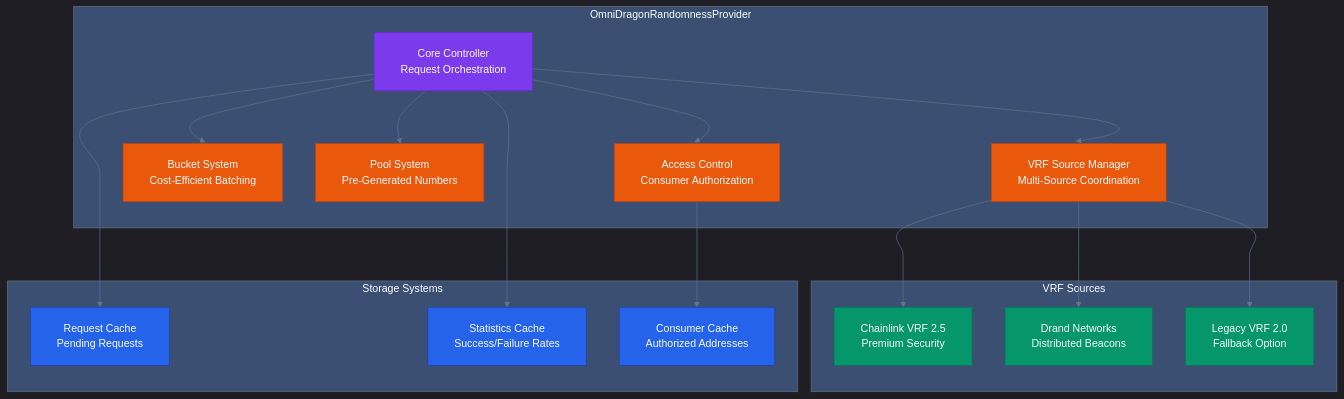
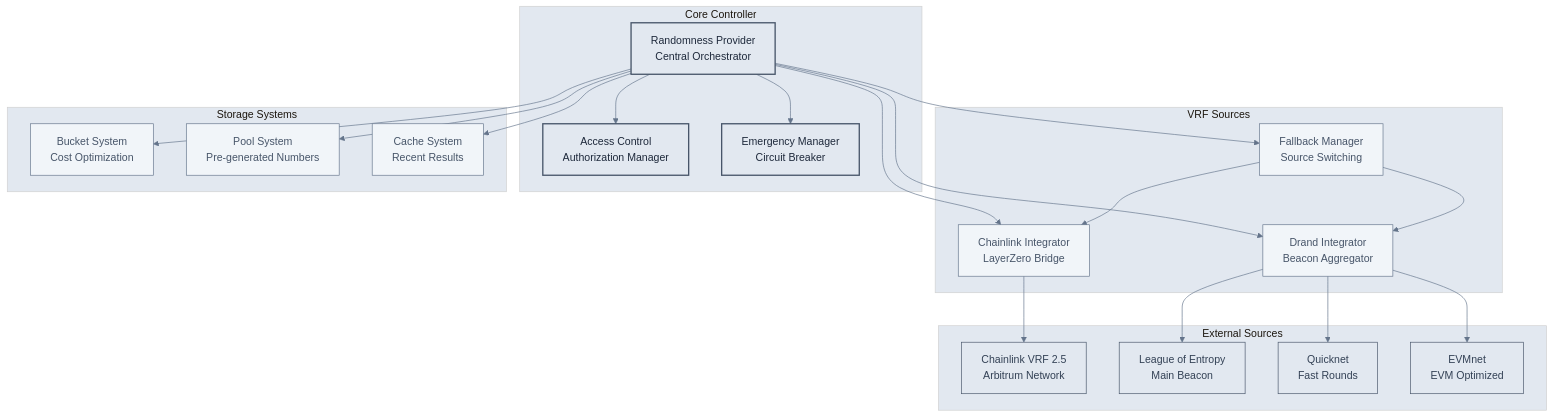
The first of 8 diagrams in docs/contracts/core/randomness-provider.md (wenakita/sonicreddragon-docs), drawn with Mermaid before and after one commit. The commit also changed other lines of this file and 3 other files, not shown here.

````diff
--- a/docs/contracts/core/randomness-provider.md
+++ b/docs/contracts/core/randomness-provider.md
@@ -45,66 +24,67 @@
 ```mermaid
 %%{init: {
-  'theme': 'dark',
+  'theme': 'base',
   'themeVariables': {
-    'primaryColor': '#7c3aed',
-    'primaryTextColor': '#f8fafc',
-    'primaryBorderColor': '#6d28d9',
+    'primaryColor': '#f8fafc',
+    'primaryTextColor': '#334155',
+    'primaryBorderColor': '#64748b',
     'lineColor': '#64748b',
-    'secondaryColor': '#1e293b',
-    'tertiaryColor': '#0f172a',
-    'background': '#0f172a',
-    'mainBkg': '#1e293b',
-    'secondBkg': '#334155',
-    'tertiaryBkg': '#475569'
-  },
-  'flowchart': {
-    'curve': 'cardinal',
-    'nodeSpacing': 50,
-    'rankSpacing': 80,
-    'padding': 20
+    'secondaryColor': '#f1f5f9',
+    'tertiaryColor': '#e2e8f0'
   }
 }}%%
+
 graph TB
-    subgraph "OmniDragonRandomnessProvider"
-        RP["Core Controller<br/>Request Orchestration"]
-        VS["VRF Source Manager<br/>Multi-Source Coordination"]
-        BS["Bucket System<br/>Cost-Efficient Batching"]
-        PS["Pool System<br/>Pre-Generated Numbers"]
-        AC["Access Control<br/>Consumer Authorization"]
+    subgraph "Core Controller"
+        RP[Randomness Provider<br/>Central Orchestrator]
+        AC[Access Control<br/>Authorization Manager]
+        EM[Emergency Manager<br/>Circuit Breaker]
     end
     
     subgraph "VRF Sources"
-        CL["Chainlink VRF 2.5<br/>Premium Security"]
-        DR["Drand Networks<br/>Distributed Beacons"]
-        LG["Legacy VRF 2.0<br/>Fallback Option"]
+        CI[Chainlink Integrator<br/>LayerZero Bridge]
+        DI[Drand Integrator<br/>Beacon Aggregator]
+        FB[Fallback Manager<br/>Source Switching]
     end
     
     subgraph "Storage Systems"
-        RC["Request Cache<br/>Pending Requests"]
-        SC["Statistics Cache<br/>Success/Failure Rates"]
-        CC["Consumer Cache<br/>Authorized Addresses"]
+        BS[Bucket System<br/>Cost Optimization]
+        PS[Pool System<br/>Pre-generated Numbers]
+        CS[Cache System<br/>Recent Results]
     end
     
-    RP --> VS
+    subgraph "External Sources"
+        VRF[Chainlink VRF 2.5<br/>Arbitrum Network]
+        LE[League of Entropy<br/>Main Beacon]
+        QN[Quicknet<br/>Fast Rounds]
+        EN[EVMnet<br/>EVM Optimized]
+    end
+    
+    RP --> AC
+    RP --> EM
+    RP --> CI
+    RP --> DI
+    RP --> FB
     RP --> BS
     RP --> PS
-    RP --> AC
+    RP --> CS
     
-    VS --> CL
-    VS --> DR
-    VS --> LG
+    CI --> VRF
+    DI --> LE
+    DI --> QN
+    DI --> EN
     
-    RP --> RC
-    RP --> SC
-    AC --> CC
+    FB --> CI
+    FB --> DI
+
+    classDef default fill:#f8fafc,stroke:#64748b,stroke-width:2px,color:#334155
+    classDef controller fill:#e2e8f0,stroke:#475569,stroke-width:2px,color:#1e293b
+    classDef vrf fill:#f1f5f9,stroke:#64748b,stroke-width:1px,color:#475569
+    classDef storage fill:#f1f5f9,stroke:#64748b,stroke-width:1px,color:#475569
+    classDef external fill:#e2e8f0,stroke:#475569,stroke-width:1px,color:#334155
     
-    classDef core fill:#7c3aed,stroke:#6d28d9,color:#f8fafc
-    classDef vrf fill:#059669,stroke:#047857,color:#f8fafc
-    classDef storage fill:#2563eb,stroke:#1e40af,color:#f8fafc
-    classDef system fill:#ea580c,stroke:#c2410c,color:#f8fafc
-    
-    class RP core
-    class VS,BS,PS,AC system
-    class CL,DR,LG vrf
-    class RC,SC,CC storage
+    class RP,AC,EM controller
+    class CI,DI,FB vrf
+    class BS,PS,CS storage
+    class VRF,LE,QN,EN external
 ```
````
